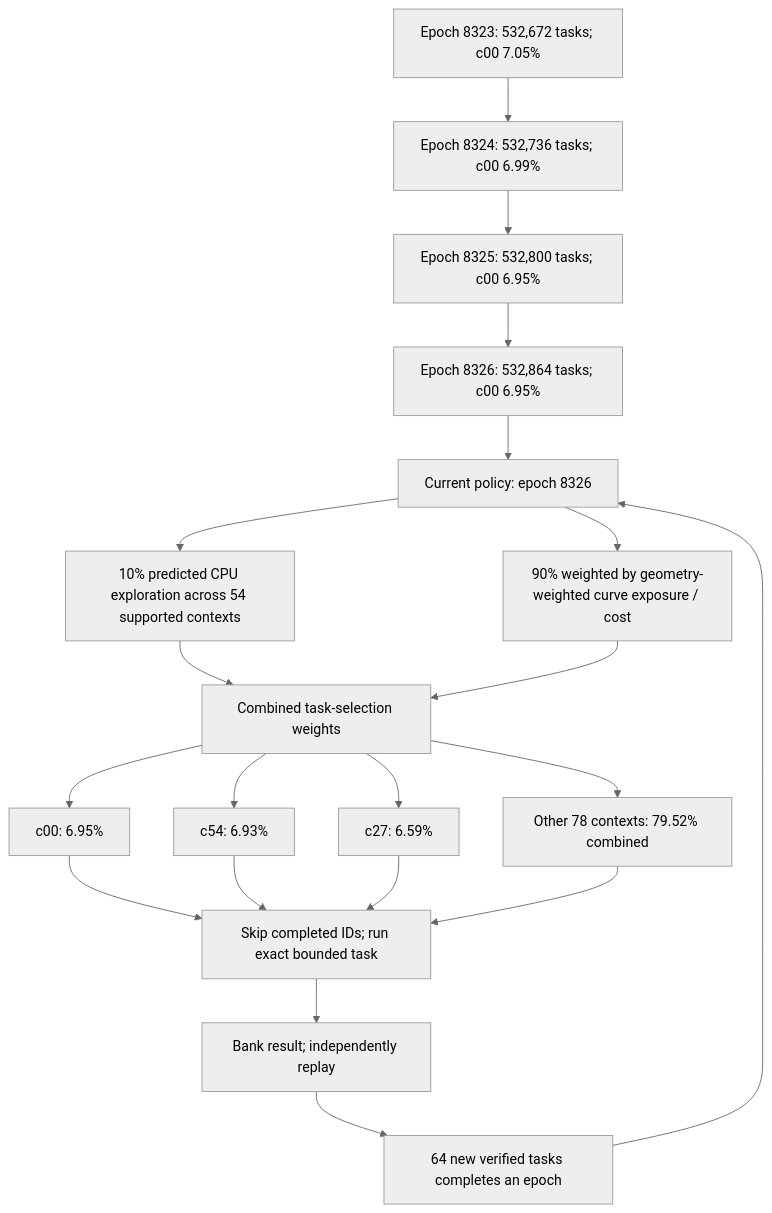
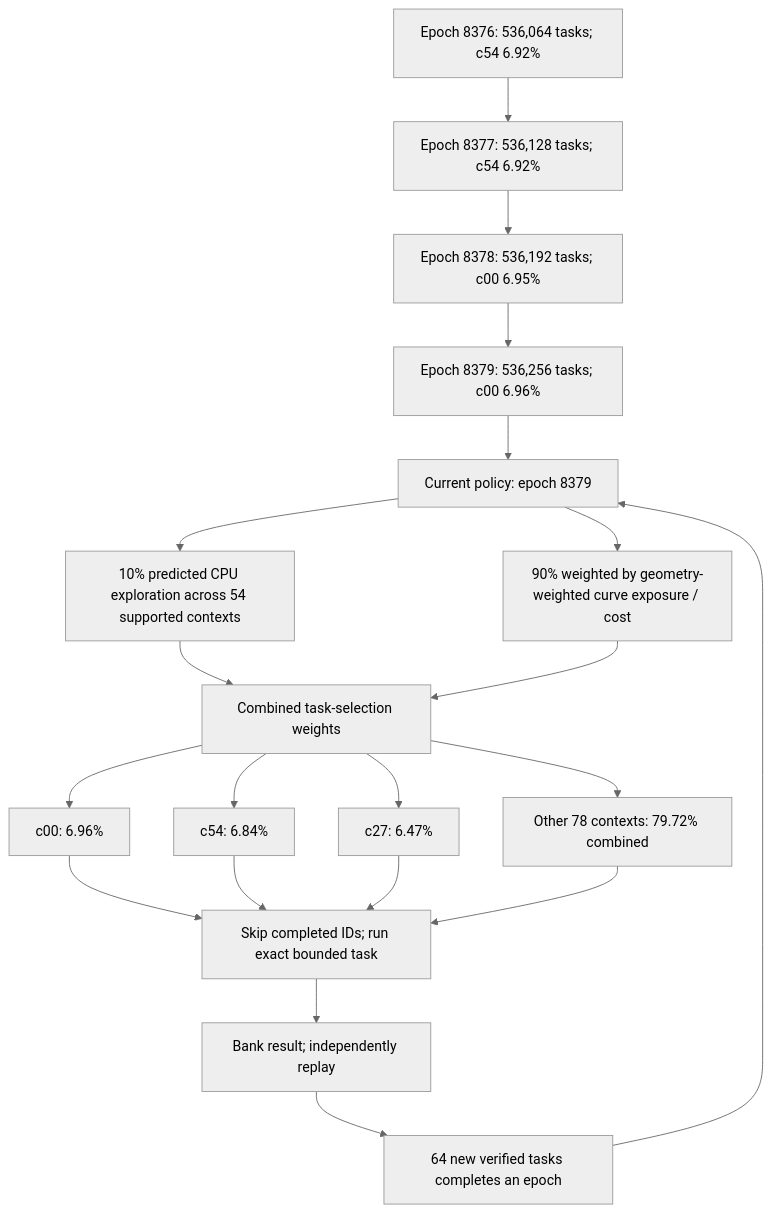
The first of 4 diagrams in README.md (Kuberwastaken/math-gambling), drawn with Mermaid (neutral theme) before and after one commit. The commit also changed other lines of this file and 7483 other files, not shown here.

````diff
--- a/README.md
+++ b/README.md
@@ -60,27 +60,27 @@
 ```mermaid
 flowchart TD
-    H0["Epoch 8323: 532,672 tasks; c00 7.05%"]
-    H1["Epoch 8324: 532,736 tasks; c00 6.99%"]
+    H0["Epoch 8376: 536,064 tasks; c54 6.92%"]
+    H1["Epoch 8377: 536,128 tasks; c54 6.92%"]
     H0 --> H1
-    H2["Epoch 8325: 532,800 tasks; c00 6.95%"]
+    H2["Epoch 8378: 536,192 tasks; c00 6.95%"]
     H1 --> H2
-    H3["Epoch 8326: 532,864 tasks; c00 6.95%"]
+    H3["Epoch 8379: 536,256 tasks; c00 6.96%"]
     H2 --> H3
-    Policy["Current policy: epoch 8326"]
+    Policy["Current policy: epoch 8379"]
     H3 --> Policy
     Policy --> Explore["10% predicted CPU exploration across 54 supported contexts"]
     Policy --> Cost["90% weighted by geometry-weighted curve exposure / cost"]
     Explore --> Mix["Combined task-selection weights"]
     Cost --> Mix
-    Mix --> C0["c00: 6.95%"]
-    Mix --> C1["c54: 6.93%"]
-    Mix --> C2["c27: 6.59%"]
-    Mix --> Rest["Other 78 contexts: 79.52% combined"]
+    Mix --> C0["c00: 6.96%"]
+    Mix --> C1["c54: 6.84%"]
+    Mix --> C2["c27: 6.47%"]
+    Mix --> Rest["Other 78 contexts: 79.72% combined"]
     C0 --> Check["Skip completed IDs; run exact bounded task"]
     C1 --> Check
     C2 --> Check
     Rest --> Check
     Check --> Replay["Bank result; independently replay"]
     Replay --> Gate["64 new verified tasks completes an epoch"]
     Gate --> Policy
 ```
````
